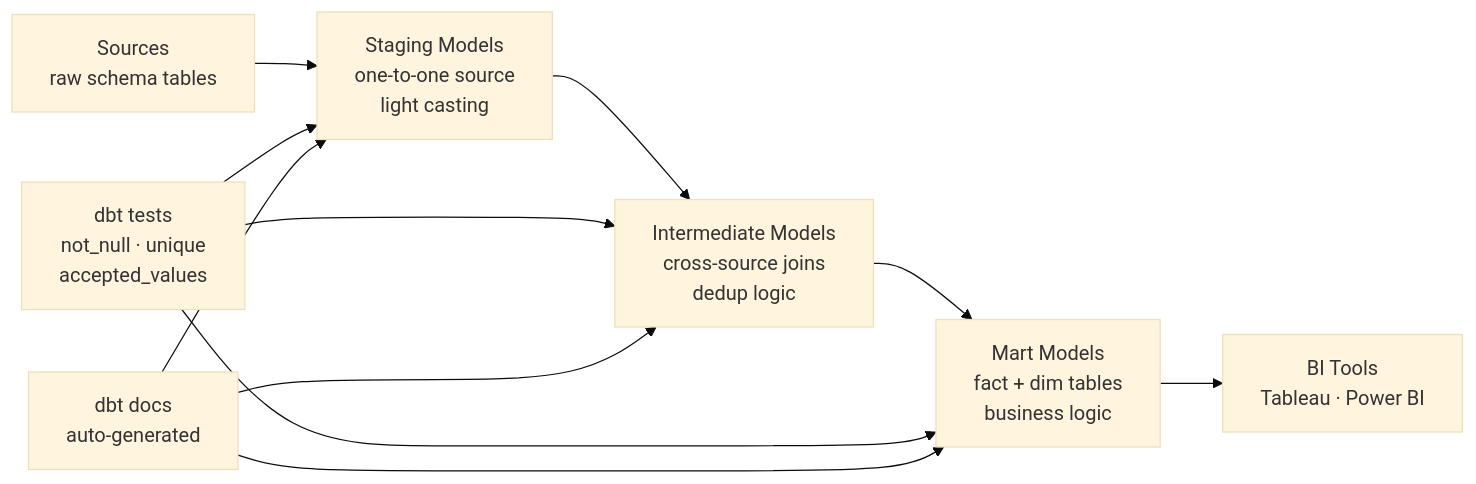
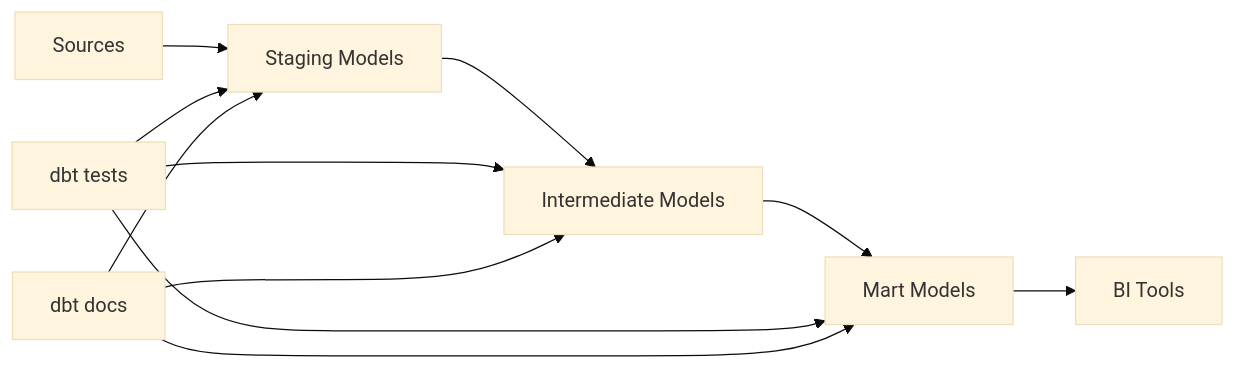
Before and after one commit to gcmishra7/data-engineering-helper: the diagram in 07-ecosystem-tools/02-dbt-core-patterns.md, drawn with Mermaid (base theme). The commit also changed other lines of this file and 57 other files, not shown here.

First line of the commit message:
Shorten mermaid node labels to fix text truncation on GitHub

````diff
--- a/07-ecosystem-tools/02-dbt-core-patterns.md
+++ b/07-ecosystem-tools/02-dbt-core-patterns.md
@@ -8,14 +8,14 @@
 ```mermaid
 graph LR
-    SRC[Sources<br/>raw schema tables] --> STG[Staging Models<br/>one-to-one source<br/>light casting]
-    STG --> INT[Intermediate Models<br/>cross-source joins<br/>dedup logic]
-    INT --> MART[Mart Models<br/>fact + dim tables<br/>business logic]
-    MART --> BI[BI Tools<br/>Tableau · Power BI]
+    SRC[Sources] --> STG[Staging Models]
+    STG --> INT[Intermediate Models]
+    INT --> MART[Mart Models]
+    MART --> BI[BI Tools]
 
-    TEST[dbt tests<br/>not_null · unique<br/>accepted_values] --> STG
+    TEST[dbt tests] --> STG
     TEST --> INT
     TEST --> MART
-    DOC[dbt docs<br/>auto-generated] --> STG
+    DOC[dbt docs] --> STG
     DOC --> INT
     DOC --> MART
 ```
````
